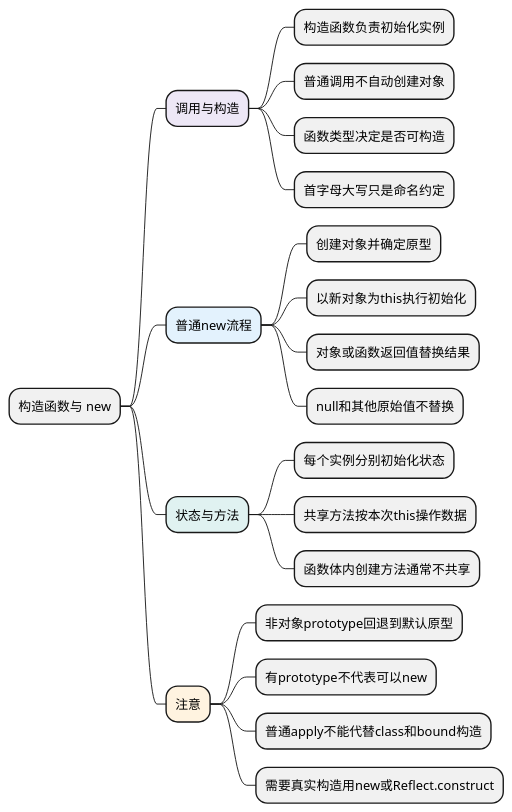
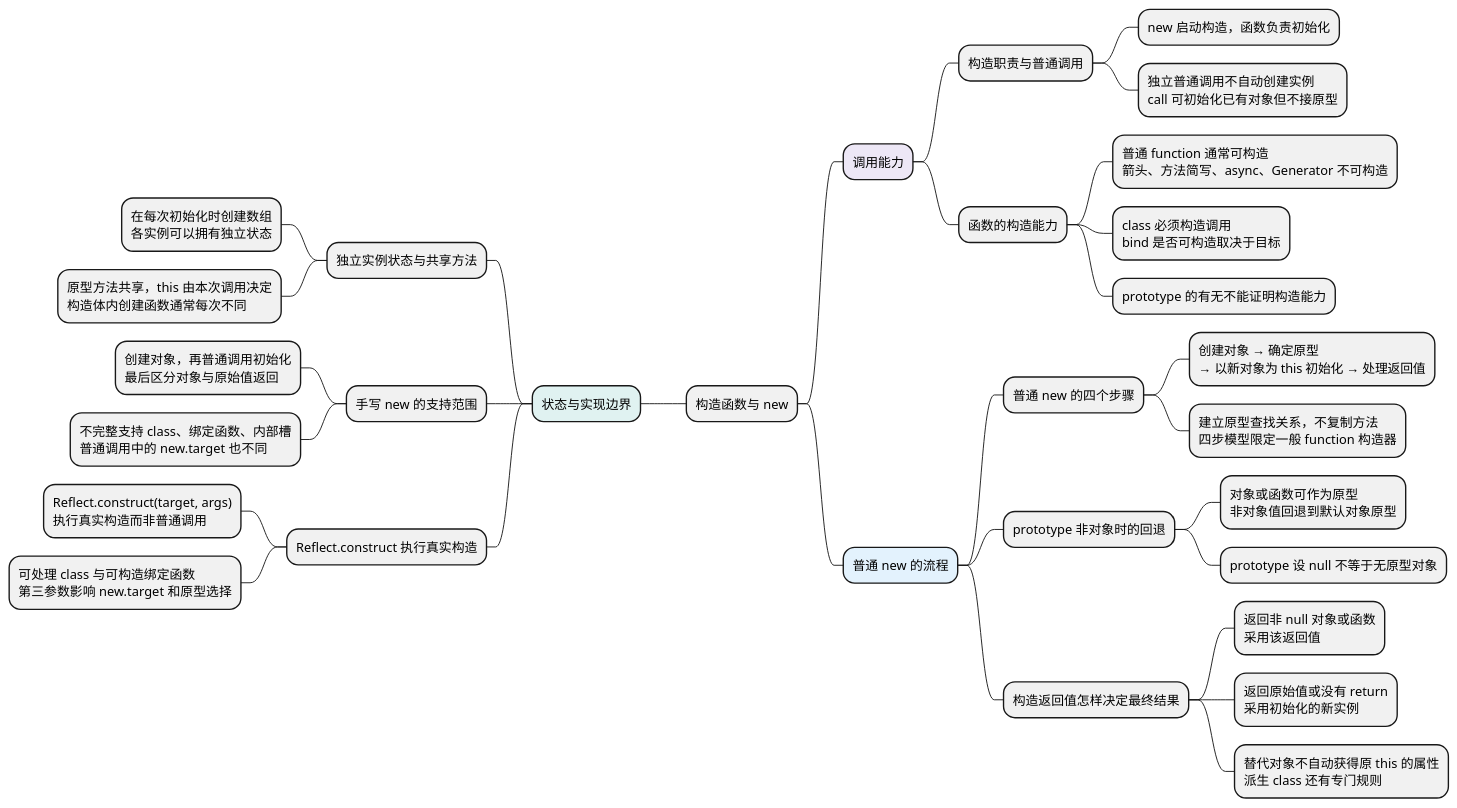
Before and after one commit to chenx18/JAVA: the diagram in docs/AI前端全栈教材/01_JavaScript/03_对象机制/02_构造函数与new.md, drawn with PlantUML. The commit also changed other lines of this file and 84 other files, not shown here.

````diff
--- a/docs/AI前端全栈教材/01_JavaScript/03_对象机制/02_构造函数与new.md
+++ b/docs/AI前端全栈教材/01_JavaScript/03_对象机制/02_构造函数与new.md
@@ -9,31 +9,42 @@
 ```plantuml
 @startmindmap
 skinparam defaultFontName Microsoft YaHei
 skinparam defaultFontSize 14
 skinparam dpi 100
 skinparam backgroundColor white
 skinparam shadowing false
 
 * 构造函数与 new
-**[#EDE7F6] 调用与构造
-*** 构造函数负责初始化实例
-*** 普通调用不自动创建对象
-*** 函数类型决定是否可构造
-*** 首字母大写只是命名约定
-**[#E3F2FD] 普通new流程
-*** 创建对象并确定原型
-*** 以新对象为this执行初始化
-*** 对象或函数返回值替换结果
-*** null和其他原始值不替换
-**[#E0F2F1] 状态与方法
-*** 每个实例分别初始化状态
-*** 共享方法按本次this操作数据
-*** 函数体内创建方法通常不共享
-**[#FFF3E0] 注意
-*** 非对象prototype回退到默认原型
-*** 有prototype不代表可以new
-*** 普通apply不能代替class和bound构造
-*** 需要真实构造用new或Reflect.construct
+**[#EDE7F6] 调用能力
+*** 构造职责与普通调用
+**** new 启动构造，函数负责初始化
+**** 独立普通调用不自动创建实例\ncall 可初始化已有对象但不接原型
+*** 函数的构造能力
+**** 普通 function 通常可构造\n箭头、方法简写、async、Generator 不可构造
+**** class 必须构造调用\nbind 是否可构造取决于目标
+**** prototype 的有无不能证明构造能力
+**[#E3F2FD] 普通 new 的流程
+*** 普通 new 的四个步骤
+**** 创建对象 → 确定原型\n→ 以新对象为 this 初始化 → 处理返回值
+**** 建立原型查找关系，不复制方法\n四步模型限定一般 function 构造器
+*** prototype 非对象时的回退
+**** 对象或函数可作为原型\n非对象值回退到默认对象原型
+**** prototype 设 null 不等于无原型对象
+*** 构造返回值怎样决定最终结果
+**** 返回非 null 对象或函数\n采用该返回值
+**** 返回原始值或没有 return\n采用初始化的新实例
+**** 替代对象不自动获得原 this 的属性\n派生 class 还有专门规则
+left side
+**[#E0F2F1] 状态与实现边界
+*** 独立实例状态与共享方法
+**** 在每次初始化时创建数组\n各实例可以拥有独立状态
+**** 原型方法共享，this 由本次调用决定\n构造体内创建函数通常每次不同
+*** 手写 new 的支持范围
+**** 创建对象，再普通调用初始化\n最后区分对象与原始值返回
+**** 不完整支持 class、绑定函数、内部槽\n普通调用中的 new.target 也不同
+*** Reflect.construct 执行真实构造
+**** Reflect.construct(target, args)\n执行真实构造而非普通调用
+**** 可处理 class 与可构造绑定函数\n第三参数影响 new.target 和原型选择
 
 @endmindmap
 ```
````
